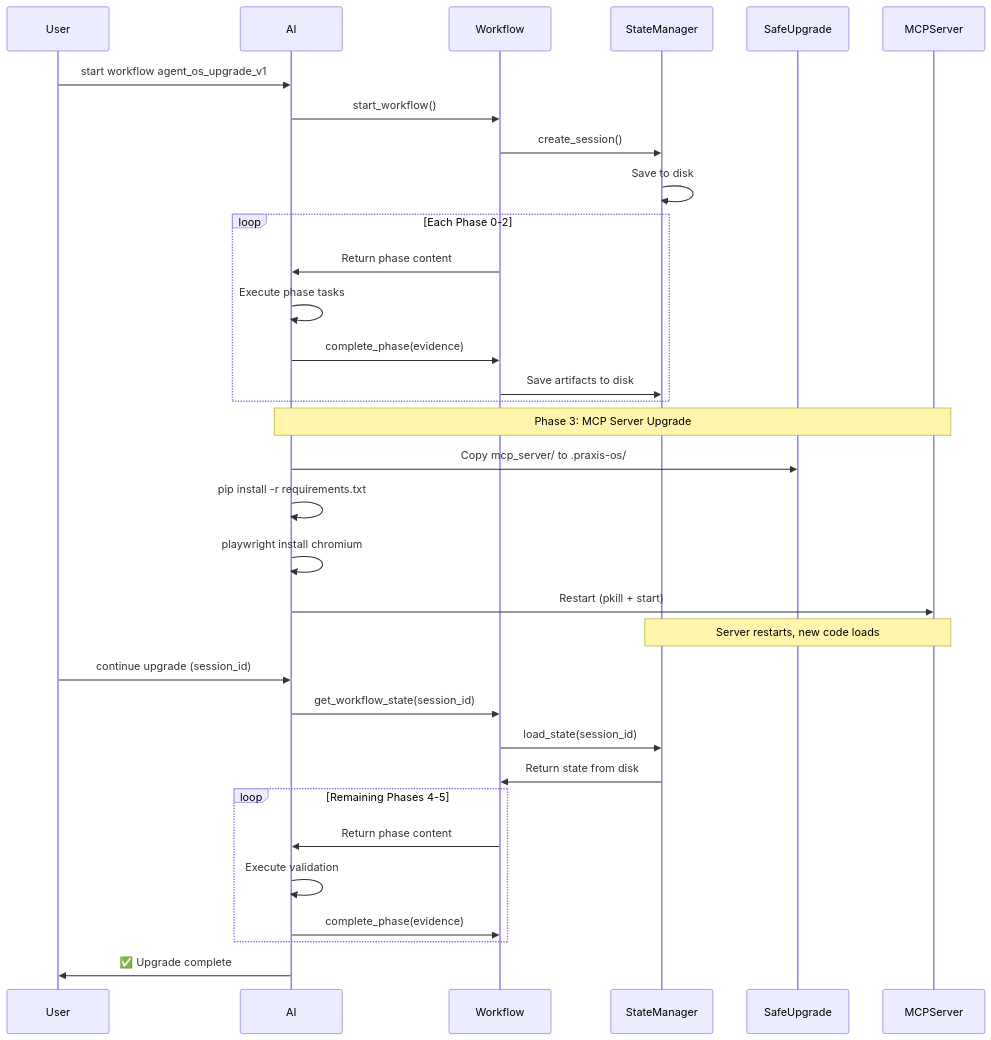
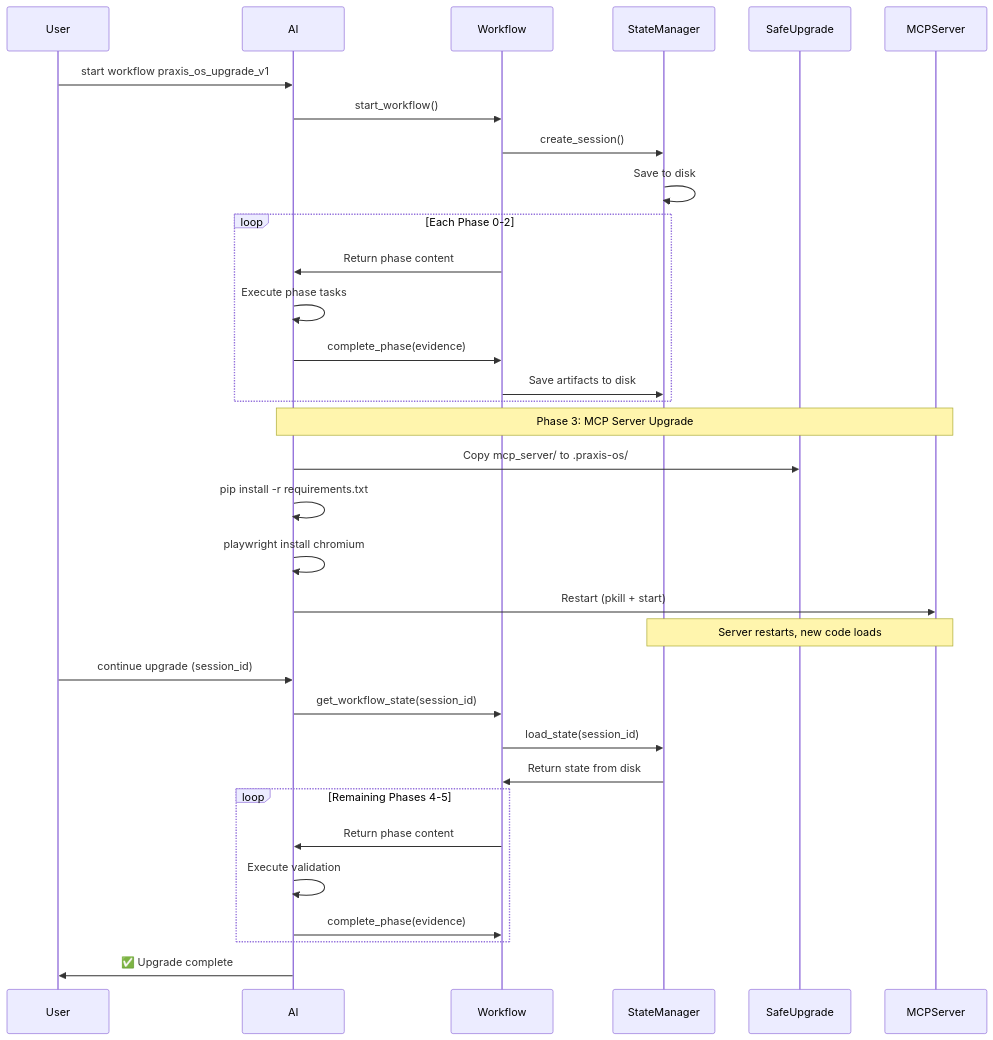
One commit to honeyhiveai/praxis-os changed the diagram in .praxis-os/specs/completed/2025-10-08-agent-os-upgrade-workflow/supporting-docs/agent-os-upgrade-workflow-design.md. Above: the diagram before and after it, drawn with Mermaid. The commit also changed other lines of this file and 2255 other files, not shown here.

````diff
--- a/.praxis-os/specs/completed/2025-10-08-agent-os-upgrade-workflow/supporting-docs/agent-os-upgrade-workflow-design.md
+++ b/.praxis-os/specs/completed/2025-10-08-agent-os-upgrade-workflow/supporting-docs/agent-os-upgrade-workflow-design.md
@@ -163,42 +163,42 @@
 ```mermaid
 sequenceDiagram
     participant User
     participant AI
     participant Workflow
     participant StateManager
     participant SafeUpgrade
     participant MCPServer
 
-    User->>AI: start workflow agent_os_upgrade_v1
+    User->>AI: start workflow praxis_os_upgrade_v1
     AI->>Workflow: start_workflow()
     Workflow->>StateManager: create_session()
     StateManager->>StateManager: Save to disk
     
     loop Each Phase 0-2
         Workflow->>AI: Return phase content
         AI->>AI: Execute phase tasks
         AI->>Workflow: complete_phase(evidence)
         Workflow->>StateManager: Save artifacts to disk
     end
     
     Note over AI,MCPServer: Phase 3: MCP Server Upgrade
     AI->>SafeUpgrade: Copy mcp_server/ to .praxis-os/
     AI->>AI: pip install -r requirements.txt
     AI->>AI: playwright install chromium
     AI->>MCPServer: Restart (pkill + start)
     
     Note over StateManager,MCPServer: Server restarts, new code loads
     
     User->>AI: continue upgrade (session_id)
     AI->>Workflow: get_workflow_state(session_id)
     Workflow->>StateManager: load_state(session_id)
     StateManager->>Workflow: Return state from disk
     
     loop Remaining Phases 4-5
         Workflow->>AI: Return phase content
         AI->>AI: Execute validation
         AI->>Workflow: complete_phase(evidence)
     end
     
     AI->>User: ✅ Upgrade complete
 ```
````
